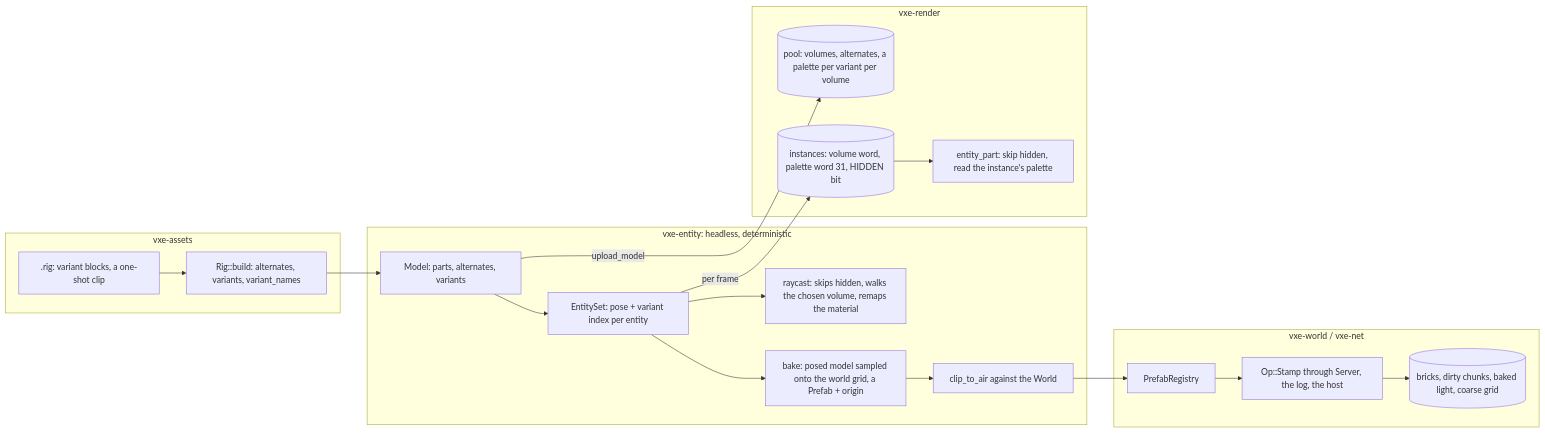
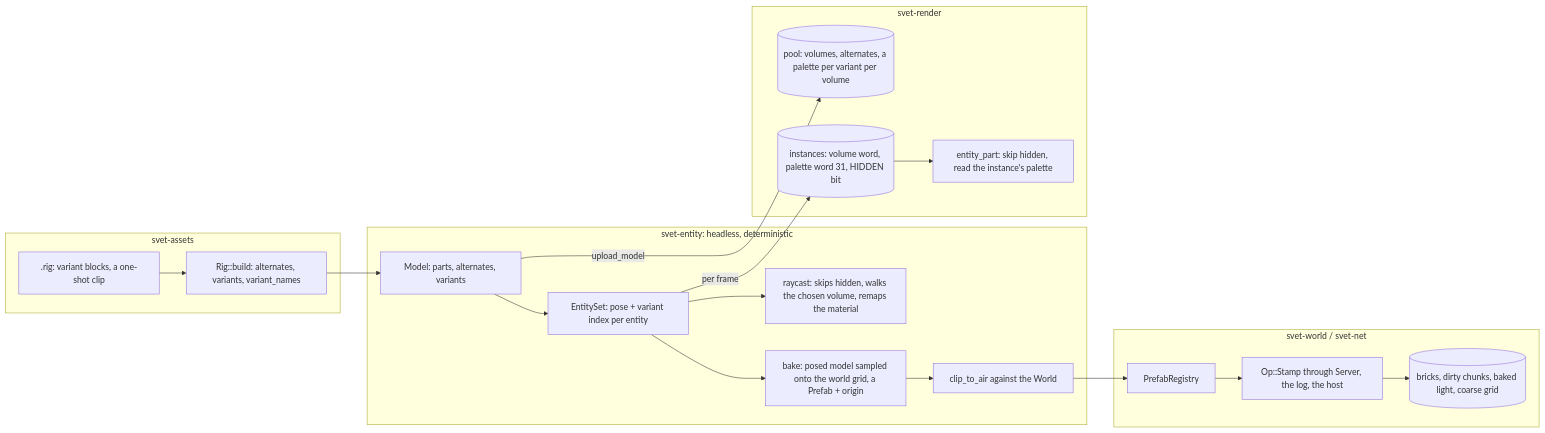
The diagram in docs/plans/0085-entity-variants-holding-clips-and-an-entity-stamped-into-the-world.md (IgorKonovalov/voxel-engine), drawn with Mermaid before and after one commit. The commit also changed other lines of this file and 53 other files, not shown here.

````diff
--- a/docs/plans/0085-entity-variants-holding-clips-and-an-entity-stamped-into-the-world.md
+++ b/docs/plans/0085-entity-variants-holding-clips-and-an-entity-stamped-into-the-world.md
@@ -138,22 +138,22 @@
 ```mermaid
 flowchart LR
-    subgraph vxe-assets
+    subgraph svet-assets
         R[.rig: variant blocks, a one-shot clip] --> B[Rig::build: alternates, variants, variant_names]
     end
-    subgraph vxe-entity [vxe-entity: headless, deterministic]
+    subgraph svet-entity [svet-entity: headless, deterministic]
         B --> M[Model: parts, alternates, variants]
         M --> S[EntitySet: pose + variant index per entity]
         S --> Q[raycast: skips hidden, walks the chosen volume, remaps the material]
         S --> K[bake: posed model sampled onto the world grid, a Prefab + origin]
         K --> C[clip_to_air against the World]
     end
-    subgraph vxe-world / vxe-net
+    subgraph svet-world / svet-net
         C --> G[PrefabRegistry] --> O[Op::Stamp through Server, the log, the host]
         O --> W[(bricks, dirty chunks, baked light, coarse grid)]
     end
-    subgraph vxe-render
+    subgraph svet-render
         M -- upload_model --> P[(pool: volumes, alternates, a palette per variant per volume)]
         S -- per frame --> I[(instances: volume word, palette word 31, HIDDEN bit)]
         I --> E[entity_part: skip hidden, read the instance's palette]
     end
 ```
````
